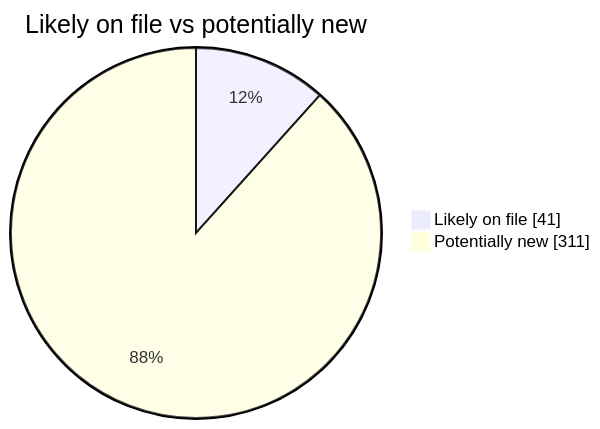
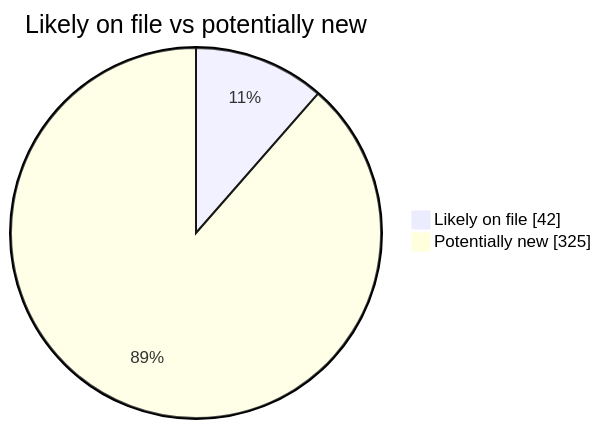
Before and after one commit to martinbalfanz/social-scanner-reports: the second of 4 diagrams in README.md, drawn with Mermaid. The commit also changed other lines of this file and 4 other files, not shown here.

````diff
--- a/README.md
+++ b/README.md
@@ -40,5 +40,5 @@
 ```mermaid
 pie showData title Likely on file vs potentially new
-    "Likely on file" : 41
-    "Potentially new" : 311
+    "Likely on file" : 42
+    "Potentially new" : 325
 ```
````
